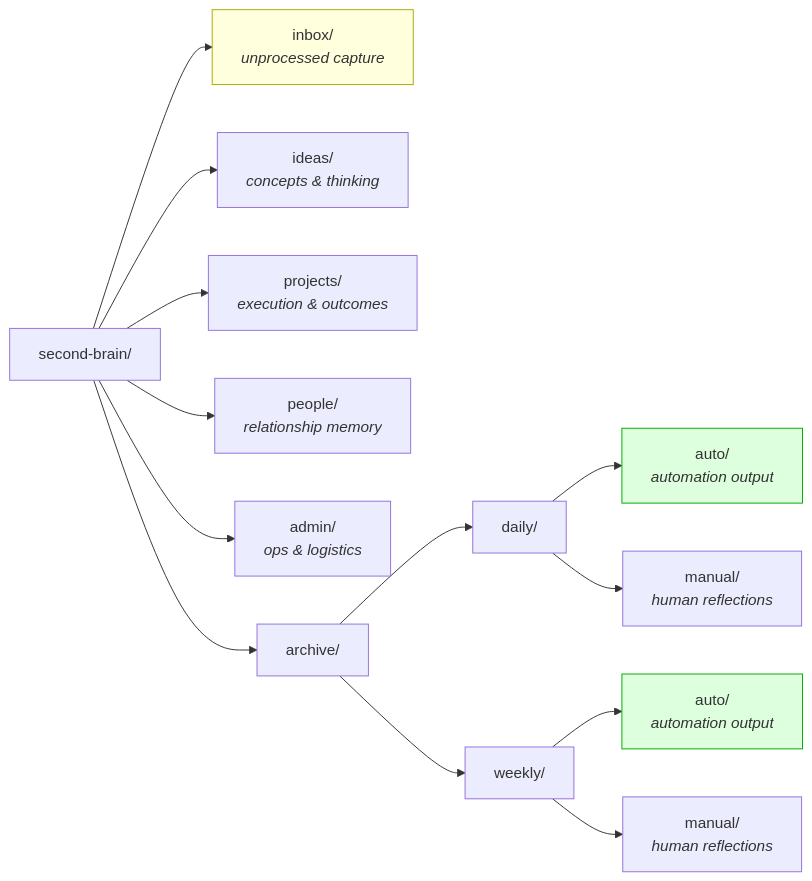
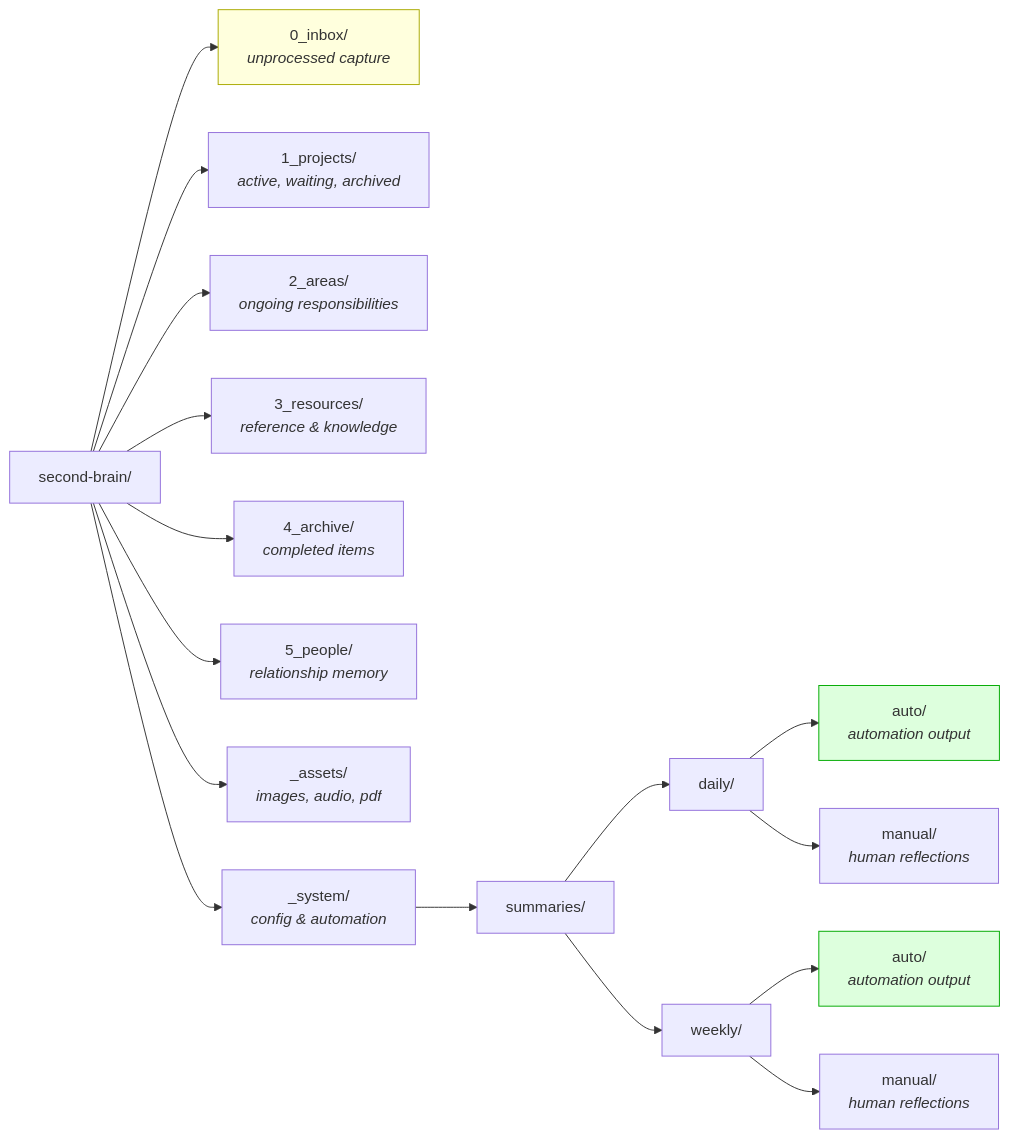
Before and after one commit to patjackson52/second-brain: the fourth of 5 diagrams in docs/architecture.md, drawn with Mermaid. The commit also changed other lines of this file and 87 other files, not shown here.

````diff
--- a/docs/architecture.md
+++ b/docs/architecture.md
@@ -104,20 +105,23 @@
 ```mermaid
 graph LR
-    Root["second-brain/"] --> Inbox["inbox/<br/><i>unprocessed capture</i>"]
-    Root --> Ideas["ideas/<br/><i>concepts & thinking</i>"]
-    Root --> Projects["projects/<br/><i>execution & outcomes</i>"]
-    Root --> People["people/<br/><i>relationship memory</i>"]
-    Root --> Admin["admin/<br/><i>ops & logistics</i>"]
-    Root --> Archive["archive/"]
+    Root["second-brain/"] --> Inbox["0_inbox/<br/><i>unprocessed capture</i>"]
+    Root --> Projects["1_projects/<br/><i>active, waiting, archived</i>"]
+    Root --> Areas["2_areas/<br/><i>ongoing responsibilities</i>"]
+    Root --> Resources["3_resources/<br/><i>reference & knowledge</i>"]
+    Root --> Archive["4_archive/<br/><i>completed items</i>"]
+    Root --> People["5_people/<br/><i>relationship memory</i>"]
+    Root --> Assets["_assets/<br/><i>images, audio, pdf</i>"]
+    Root --> System["_system/<br/><i>config & automation</i>"]
 
-    Archive --> Daily["daily/"]
-    Archive --> Weekly["weekly/"]
+    System --> Summaries["summaries/"]
+    Summaries --> Daily["daily/"]
+    Summaries --> Weekly["weekly/"]
     Daily --> DA["auto/<br/><i>automation output</i>"]
     Daily --> DM["manual/<br/><i>human reflections</i>"]
     Weekly --> WA["auto/<br/><i>automation output</i>"]
     Weekly --> WM["manual/<br/><i>human reflections</i>"]
 
     style Inbox fill:#ffd,stroke:#aa0
     style DA fill:#dfd,stroke:#0a0
     style WA fill:#dfd,stroke:#0a0
 ```
````
